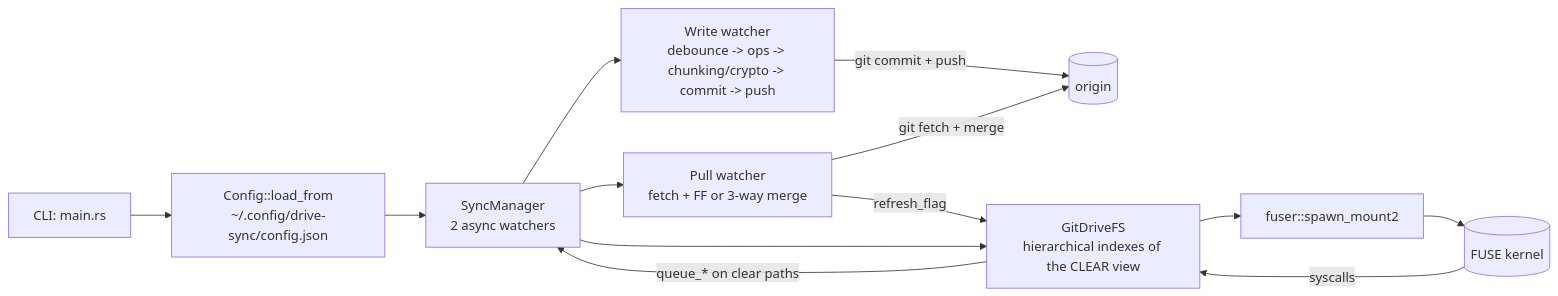
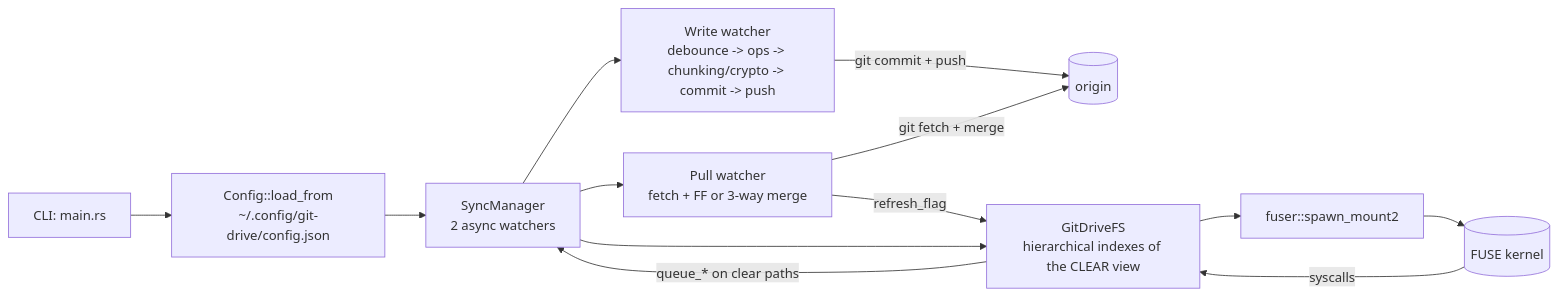
One commit to giacomeli/git-drive changed the diagram in docs/architecture.md. Above: the diagram before and after it, drawn with Mermaid. The commit also changed other lines of this file and 31 other files, not shown here.

First line of the commit message:
refactor: renomear projeto drive-sync -> git-drive

````diff
--- a/docs/architecture.md
+++ b/docs/architecture.md
@@ -22,15 +22,15 @@
 ```mermaid
 flowchart LR
-    CLI[CLI: main.rs] --> Config[Config::load_from<br/>~/.config/drive-sync/config.json]
+    CLI[CLI: main.rs] --> Config[Config::load_from<br/>~/.config/git-drive/config.json]
     Config --> Sync[SyncManager<br/>2 async watchers]
     Sync --> Write[Write watcher<br/>debounce -> ops -> chunking/crypto -> commit -> push]
     Sync --> Pull[Pull watcher<br/>fetch + FF or 3-way merge]
     Sync --> FS[GitDriveFS<br/>hierarchical indexes of the CLEAR view]
     FS --> Mount[fuser::spawn_mount2]
     Mount --> Kernel[(FUSE kernel)]
     Kernel -- syscalls --> FS
     FS -- queue_* on clear paths --> Sync
     Write -- git commit + push --> Remote[(origin)]
     Pull -- git fetch + merge --> Remote
     Pull -- refresh_flag --> FS
 ```
````
